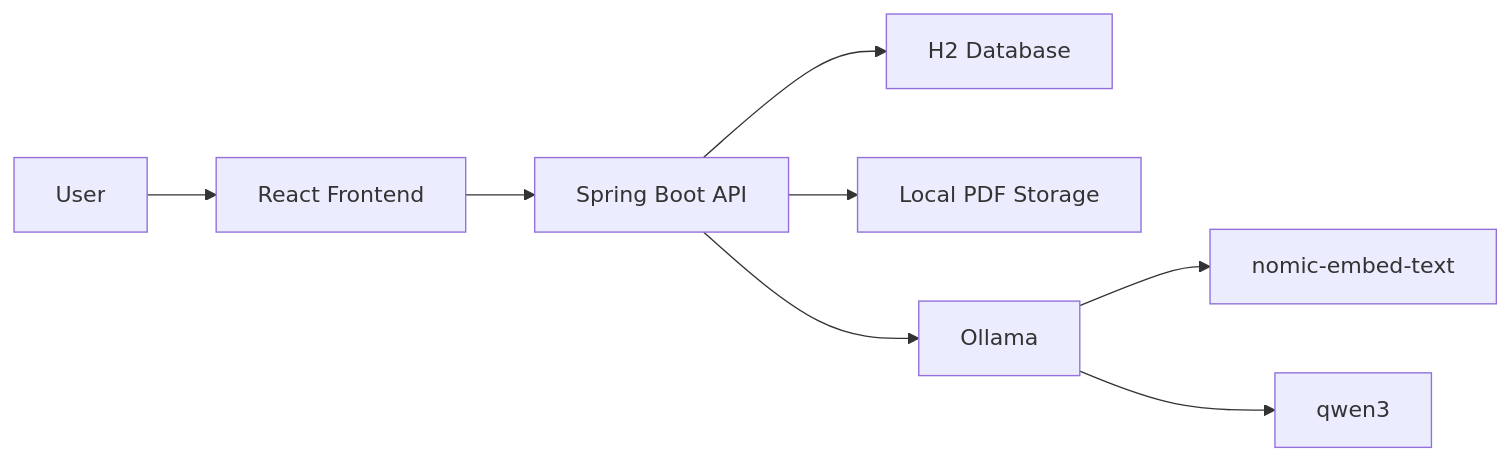
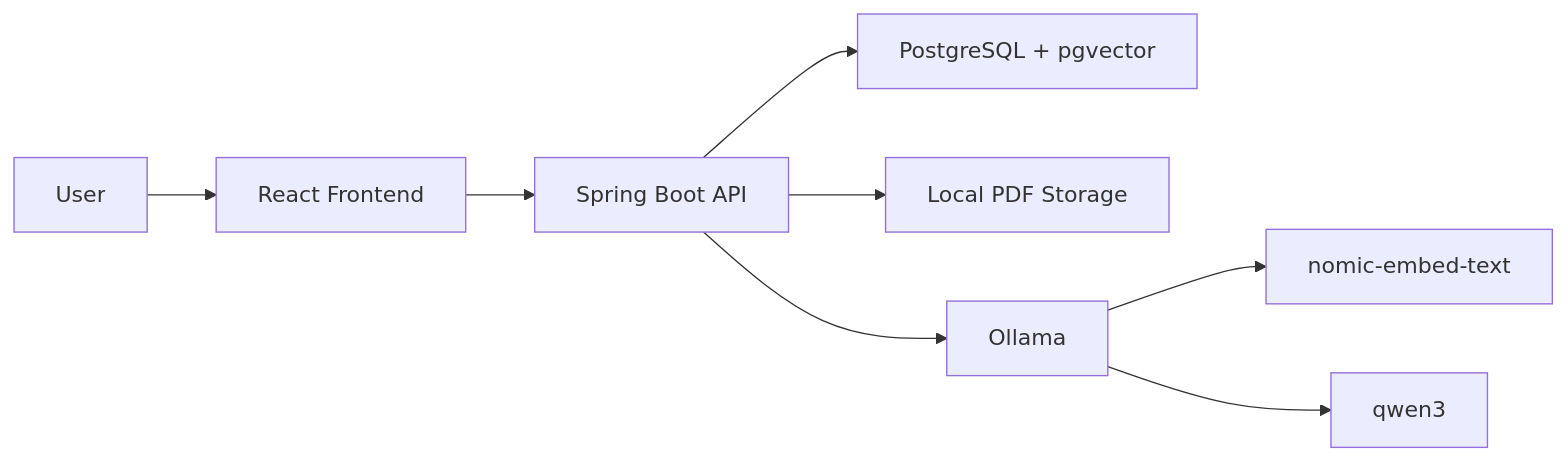
Before and after one commit to peprick/pdf-assistant: the diagram in README.md, drawn with Mermaid. The commit also changed other lines of this file and 25 other files, not shown here.

````diff
--- a/README.md
+++ b/README.md
@@ -34,10 +34,10 @@
 ```mermaid
 flowchart LR
     User["User"] --> Frontend["React Frontend"]
     Frontend --> Backend["Spring Boot API"]
-    Backend --> H2["H2 Database"]
+    Backend --> Postgres["PostgreSQL + pgvector"]
     Backend --> Uploads["Local PDF Storage"]
     Backend --> Ollama["Ollama"]
     Ollama --> Embed["nomic-embed-text"]
     Ollama --> Chat["qwen3"]
 ```
````
